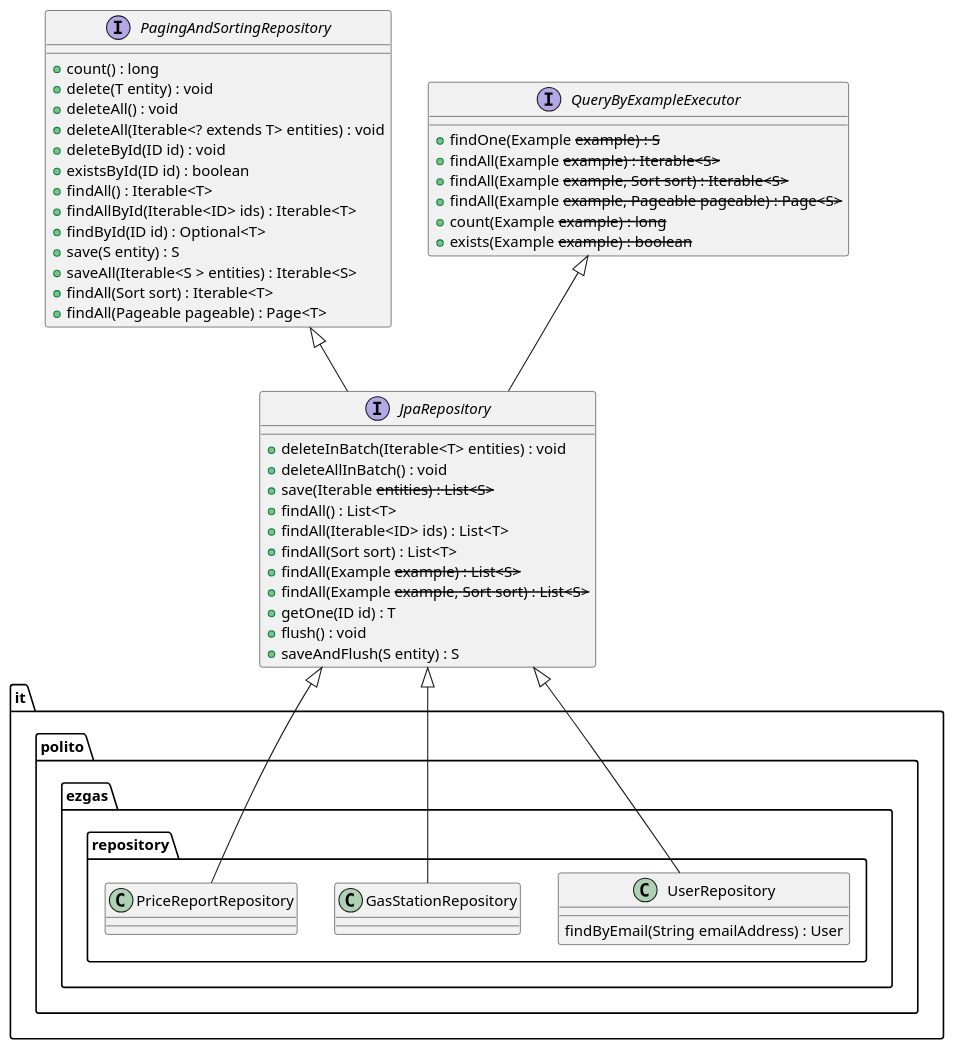
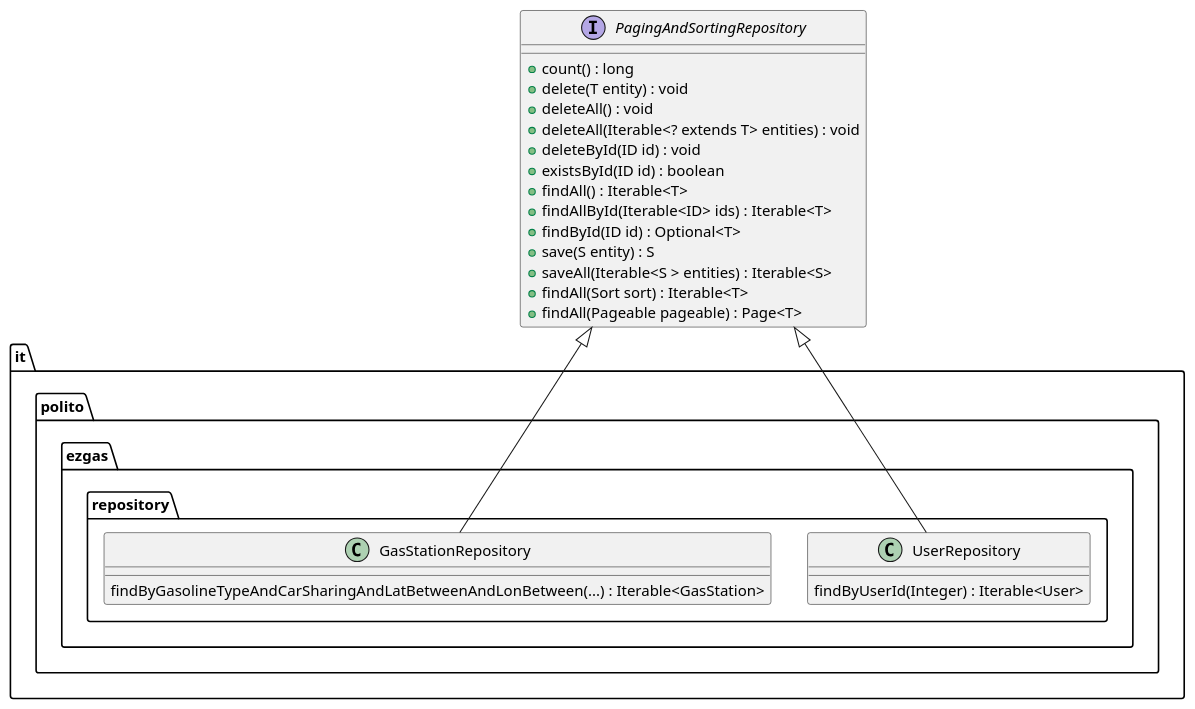
One commit to lucarinelli/ezgas changed the ninth of 13 diagrams in docs/DesignDocument.md. Above: the diagram before and after it, drawn with PlantUML. The commit also changed other lines of this file, not shown here.

````diff
--- a/docs/DesignDocument.md
+++ b/docs/DesignDocument.md
@@ -471,64 +437,34 @@
 ```plantuml
 @startuml
 package "it.polito.ezgas.repository" {
         class UserRepository{
-            findByEmail(String emailAddress) : User
+            findByUserId(Integer) : Iterable<User>
         }
         
         class GasStationRepository{
-
+            findByGasolineTypeAndCarSharingAndLatBetweenAndLonBetween(...) : Iterable<GasStation>
         }
         
-        class PriceReportRepository{
-            
-        }
         
     }
 
 interface PagingAndSortingRepository{
         +count() : long
         +delete(T entity) : void
         +deleteAll() : void
         +deleteAll(Iterable<? extends T> entities) : void
         +deleteById(ID id) : void
         +existsById(ID id) : boolean
         +findAll() : Iterable<T>
         +findAllById(Iterable<ID> ids) : Iterable<T> 
         +findById(ID id) : Optional<T>
         +save(S entity) : S
         +saveAll(Iterable<S > entities) : Iterable<S>
         +findAll(Sort sort) : Iterable<T> 
         +findAll(Pageable pageable) : Page<T>
     }
 
-interface JpaRepository{
-        +deleteInBatch(Iterable<T> entities) : void
-        +deleteAllInBatch() : void
-        +save(Iterable<S> entities) : List<S>
-        +findAll() : List<T>
-        +findAll(Iterable<ID> ids) : List<T>
-        +findAll(Sort sort) : List<T> 
-        +findAll(Example<S> example) : List<S>
-        +findAll(Example<S> example, Sort sort) : List<S>
-        +getOne(ID id) : T
-        +flush() : void
-        +saveAndFlush(S entity) : S
-    }
-
-interface QueryByExampleExecutor{
-        +findOne(Example<S> example) : S
-        +findAll(Example<S> example) : Iterable<S>
-        +findAll(Example<S> example, Sort sort) : Iterable<S>
-        +findAll(Example<S> example, Pageable pageable) : Page<S>
-        +count(Example<S> example) : long
-        +exists(Example<S> example) : boolean
-    }
-
-JpaRepository <|-- UserRepository
-JpaRepository <|-- GasStationRepository
-JpaRepository <|-- PriceReportRepository
-
-QueryByExampleExecutor <|-- JpaRepository
-PagingAndSortingRepository <|-- JpaRepository
+PagingAndSortingRepository <|-- UserRepository
+PagingAndSortingRepository <|-- GasStationRepository
 @enduml
 ```
````
